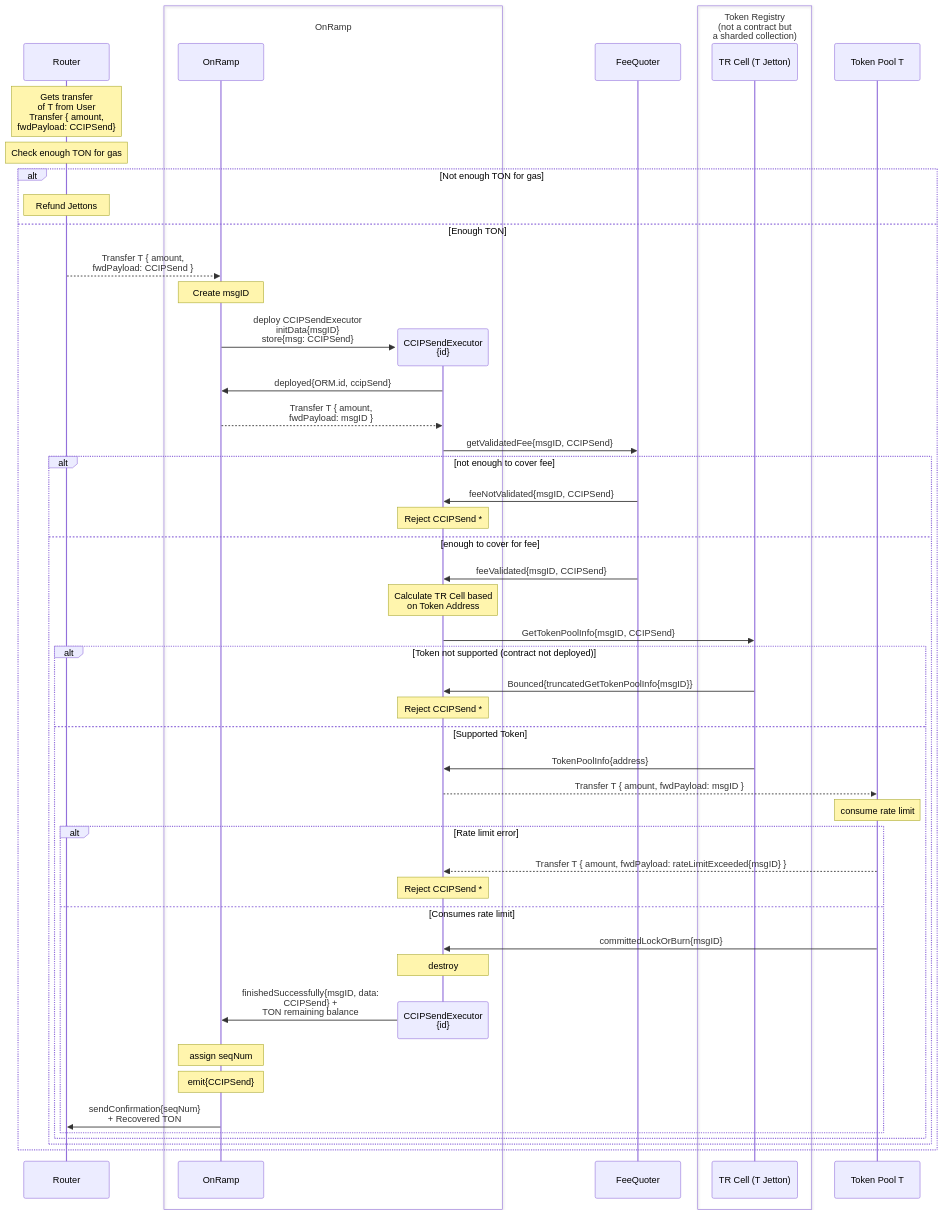
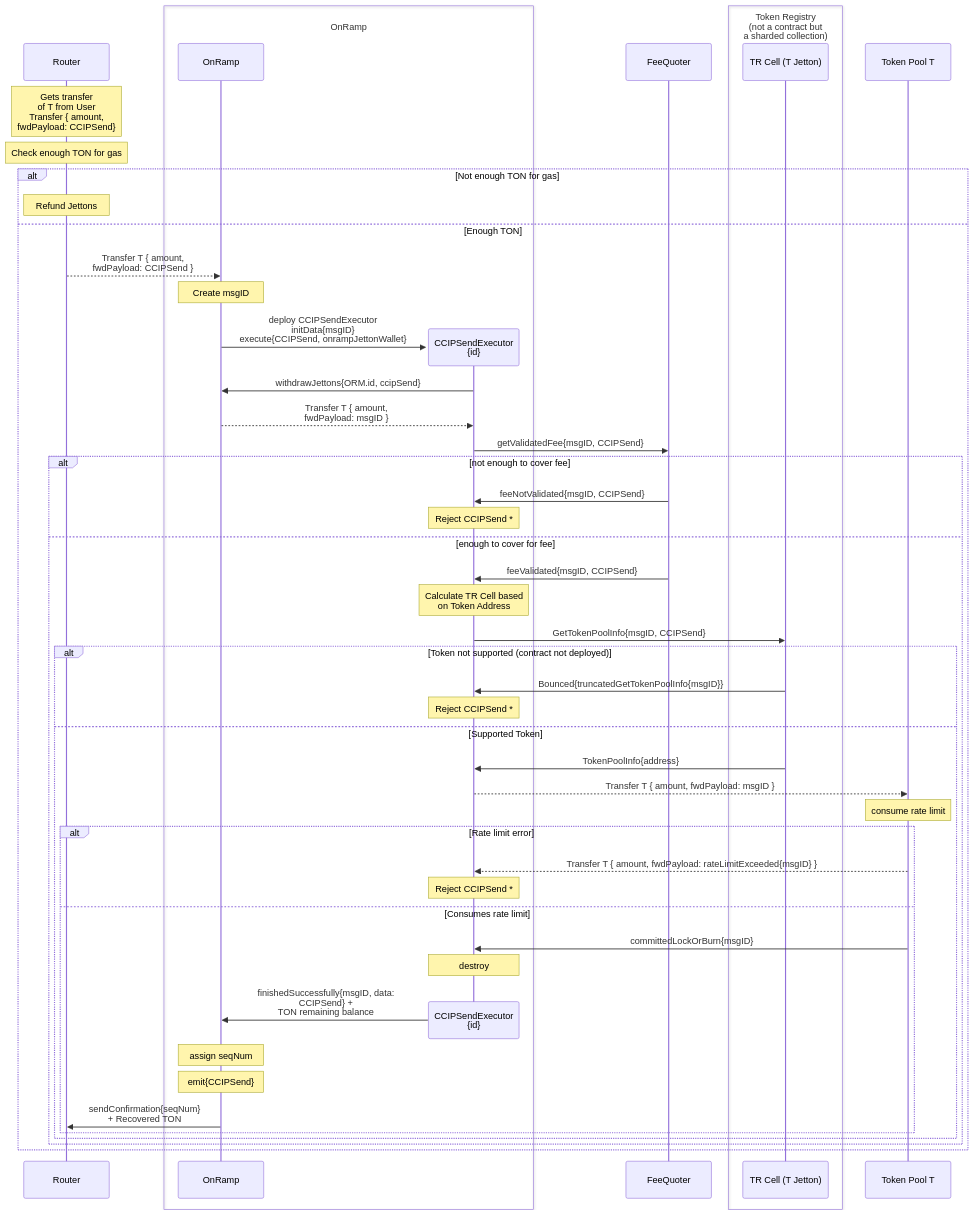
Before and after one commit to fork-the-planet/smartcontractkit___chainlink-ton: the first of 2 diagrams in docs/contracts/ccip/flow/onramp/token-transfer.md, drawn with Mermaid. The commit also changed 21 other files, not shown here.

First line of the commit message:
[NONEVM-2550] Implement CCIPSend Executor (#188)

````diff
--- a/docs/contracts/ccip/flow/onramp/token-transfer.md
+++ b/docs/contracts/ccip/flow/onramp/token-transfer.md
@@ -9,70 +9,70 @@
 ```mermaid
 sequenceDiagram
     participant R as Router
 
     Note over R: Gets transfer<br>of T from User<br>Transfer { amount,<br>fwdPayload: CCIPSend}
     Note over R: Check enough TON for gas 
     alt Not enough TON for gas
     Note over R: Refund Jettons
     else Enough TON
 
     R -->> OR: Transfer T { amount,<br>fwdPayload: CCIPSend }
     
     Note over OR: Create msgID
     create participant ORM
-    OR ->> ORM: deploy CCIPSendExecutor <br>initData{msgID}<br>store{msg: CCIPSend}
-    ORM ->> OR: deployed{ORM.id, ccipSend}
+    OR ->> ORM: deploy CCIPSendExecutor <br>initData{msgID}<br>execute{CCIPSend, onrampJettonWallet}
+    ORM ->> OR: withdrawJettons{ORM.id, ccipSend}
     OR -->> ORM: Transfer T { amount,<br>fwdPayload: msgID }
 
     box OnRamp
     participant OR as OnRamp
     participant ORM as CCIPSendExecutor<br>{id}
     end
 
     participant FQ as FeeQuoter
 
     box Token Registry<br>(not a contract but<br>a sharded collection)
     participant TRC as TR Cell (T Jetton)
     end
 
     participant TP as Token Pool T
 
     ORM ->> FQ: getValidatedFee{msgID, CCIPSend}
 
 
     alt not enough to cover fee
     FQ ->> ORM: feeNotValidated{msgID, CCIPSend}
     Note over ORM: Reject CCIPSend *
 
     else enough to cover for fee
     FQ ->> ORM: feeValidated{msgID, CCIPSend}
     Note over ORM: Calculate TR Cell based<br>on Token Address
 
     ORM ->> TRC: GetTokenPoolInfo{msgID, CCIPSend}
 
     alt Token not supported (contract not deployed)
     TRC ->> ORM: Bounced{truncatedGetTokenPoolInfo{msgID}}
     Note over ORM: Reject CCIPSend *
     else Supported Token
     TRC ->> ORM: TokenPoolInfo{address}
 
     ORM -->> TP: Transfer T { amount, fwdPayload: msgID }
     
     Note over TP: consume rate limit
     alt Rate limit error
     TP -->> ORM: Transfer T { amount, fwdPayload: rateLimitExceeded{msgID} }
     Note over ORM: Reject CCIPSend *
 
     else Consumes rate limit
     TP ->> ORM: committedLockOrBurn{msgID} 
     Note over ORM: destroy
     destroy ORM
     ORM ->> OR: finishedSuccessfully{msgID, data:<br>CCIPSend} +<br>TON remaining balance
     note over OR: assign seqNum
     note over OR: emit{CCIPSend}
     OR ->> R: sendConfirmation{seqNum}<br>+ Recovered TON
     end
     end
     end
     end
 ```
````
